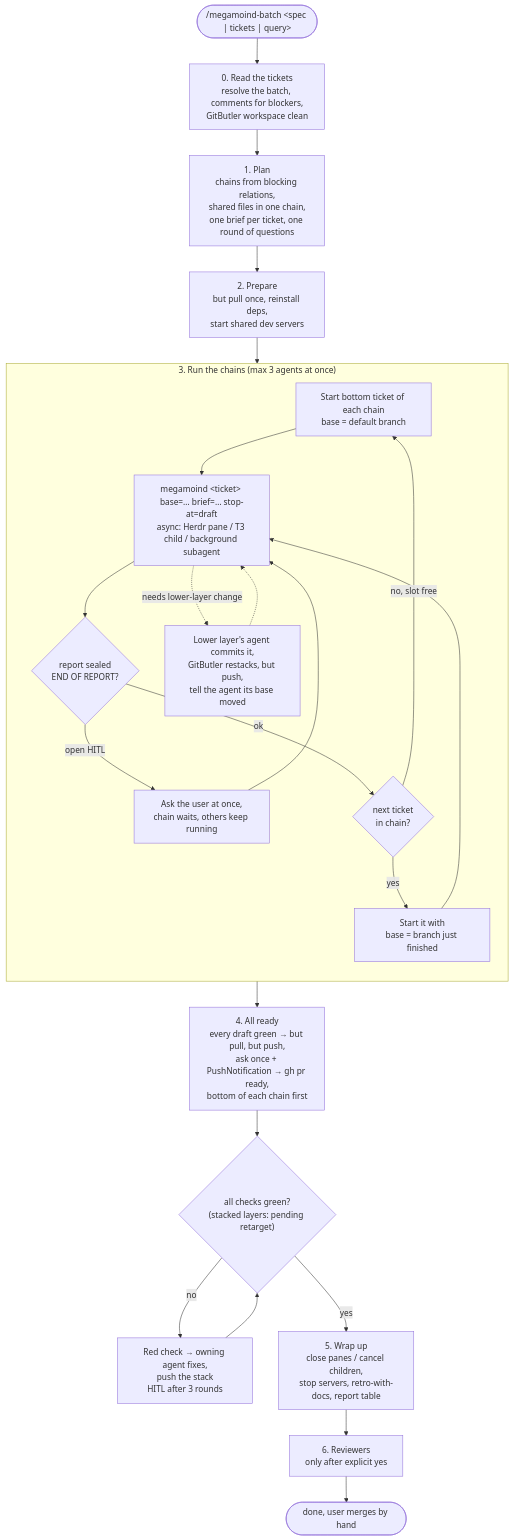
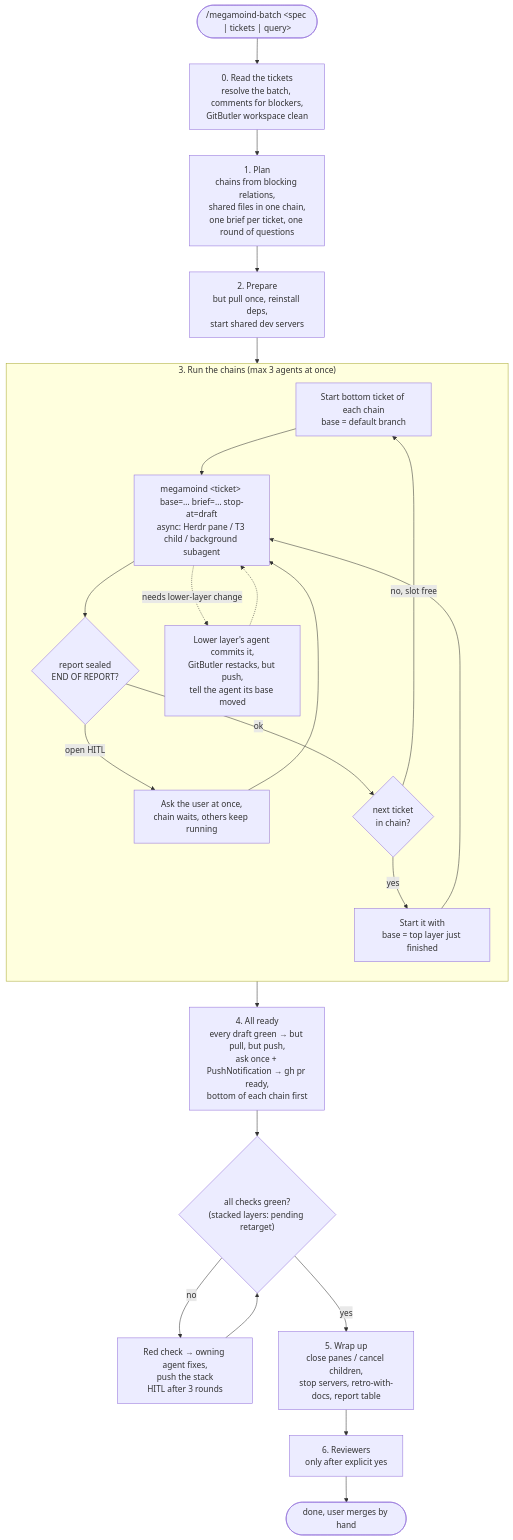
The second of 2 diagrams in docs/megamoind.md (moisesrj97/skills), drawn with Mermaid before and after one commit. The commit also changed other lines of this file and 8 other files, not shown here.

````diff
--- a/docs/megamoind.md
+++ b/docs/megamoind.md
@@ -38,29 +39,29 @@
 ```mermaid
 flowchart TD
     start(["/megamoind-batch &lt;spec | tickets | query&gt;"]) --> s0["0. Read the tickets<br/>resolve the batch, comments for blockers,<br/>GitButler workspace clean"]
     s0 --> s1["1. Plan<br/>chains from blocking relations,<br/>shared files in one chain,<br/>one brief per ticket, one round of questions"]
     s1 --> s2["2. Prepare<br/>but pull once, reinstall deps,<br/>start shared dev servers"]
     s2 --> s3
 
     subgraph s3["3. Run the chains (max 3 agents at once)"]
         direction TD
         pick["Start bottom ticket of each chain<br/>base = default branch"] --> agent["megamoind &lt;ticket&gt; base=… brief=… stop-at=draft<br/>async: Herdr pane / T3 child / background subagent"]
         agent --> report{"report sealed<br/>END OF REPORT?"}
         report -- "open HITL" --> ask["Ask the user at once,<br/>chain waits, others keep running"]
         ask --> agent
         report -- ok --> next{"next ticket<br/>in chain?"}
-        next -- yes --> stack["Start it with<br/>base = branch just finished"]
+        next -- yes --> stack["Start it with<br/>base = top layer just finished"]
         stack --> agent
         next -- "no, slot free" --> pick
         agent -. "needs lower-layer change" .-> lower["Lower layer's agent commits it,<br/>GitButler restacks, but push,<br/>tell the agent its base moved"]
         lower -.-> agent
     end
 
     s3 --> s4["4. All ready<br/>every draft green → but pull, but push,<br/>ask once + PushNotification → gh pr ready,<br/>bottom of each chain first"]
     s4 --> ci{"all checks green?<br/>(stacked layers: pending retarget)"}
     ci -- no --> fix["Red check → owning agent fixes,<br/>push the stack<br/>HITL after 3 rounds"]
     fix --> ci
     ci -- yes --> s5["5. Wrap up<br/>close panes / cancel children,<br/>stop servers, retro-with-docs, report table"]
     s5 --> s6["6. Reviewers<br/>only after explicit yes"]
     s6 --> done([done, user merges by hand])
 ```
````
